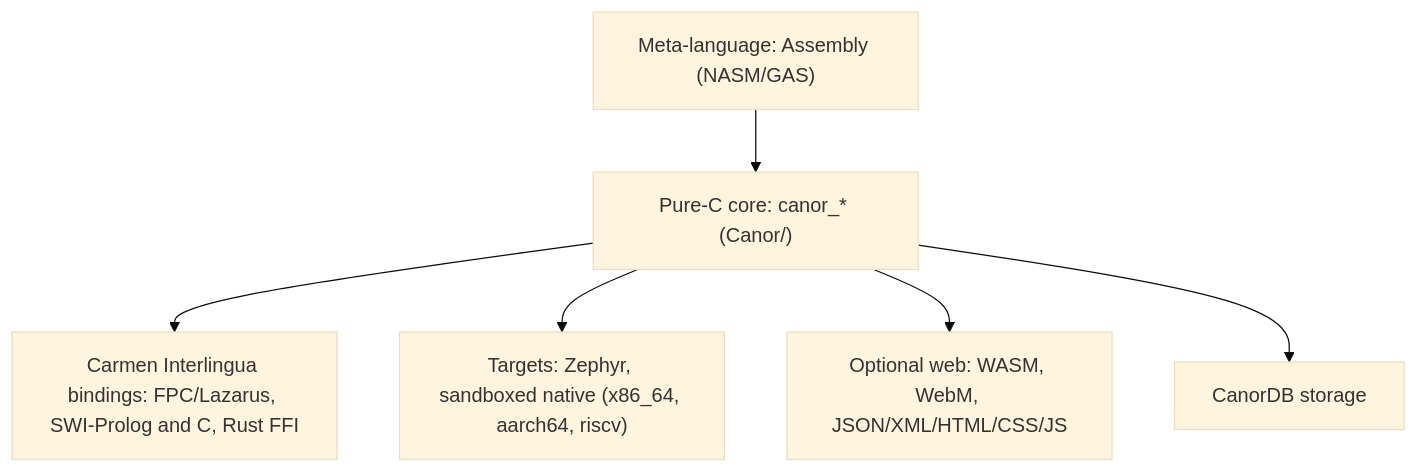
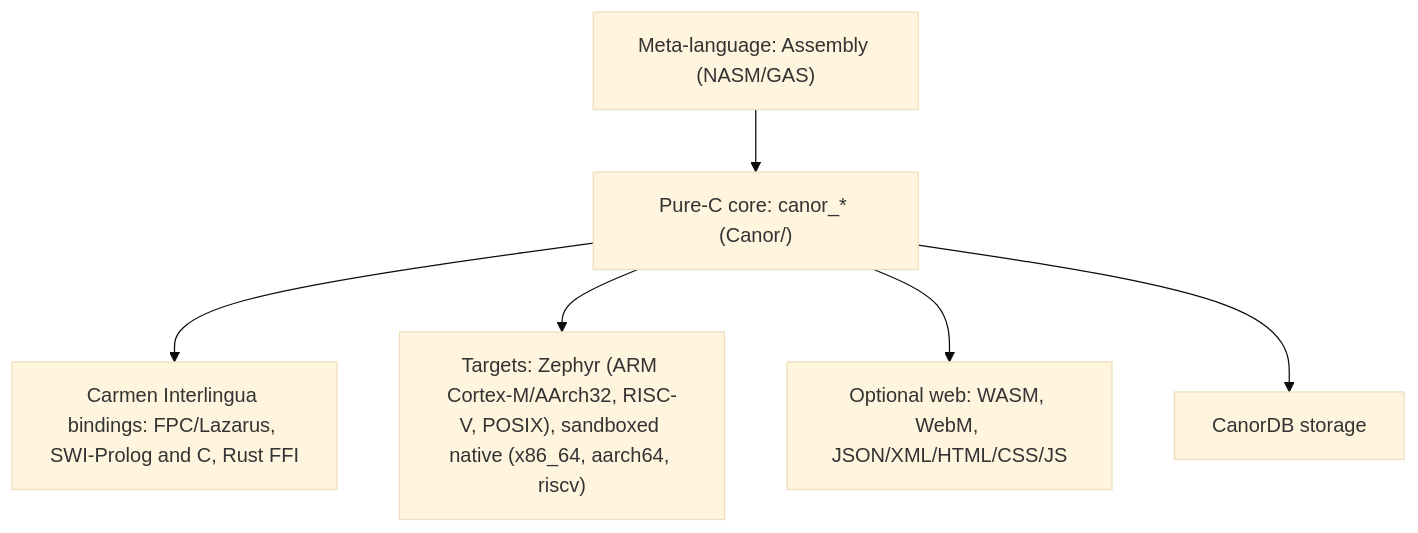
Before and after one commit to Canor-Infinitum/CanorInfinitum: the second of 2 diagrams in DESIGN.md, drawn with Mermaid (base theme). The commit also changed other lines of this file and 3 other files, not shown here.

Commit message:
feat(arch): enable ARM architectures (Cortex-M/AArch32) for Zephyr targets in DESIGN, WORKFLOW, and MEMORY

````diff
--- a/DESIGN.md
+++ b/DESIGN.md
@@ -36,8 +36,8 @@
 ```mermaid
 flowchart TD
   M["Meta-language: Assembly (NASM/GAS)"] --> K["Pure-C core: canor_* (Canor/)"]
   K --> X["Carmen Interlingua bindings: FPC/Lazarus, SWI-Prolog and C, Rust FFI"]
-  K --> T["Targets: Zephyr, sandboxed native (x86_64, aarch64, riscv)"]
+  K --> T["Targets: Zephyr (ARM Cortex-M/AArch32, RISC-V, POSIX), sandboxed native (x86_64, aarch64, riscv)"]
   K --> W["Optional web: WASM, WebM, JSON/XML/HTML/CSS/JS"]
   K --> DB["CanorDB storage"]
 ```
````
